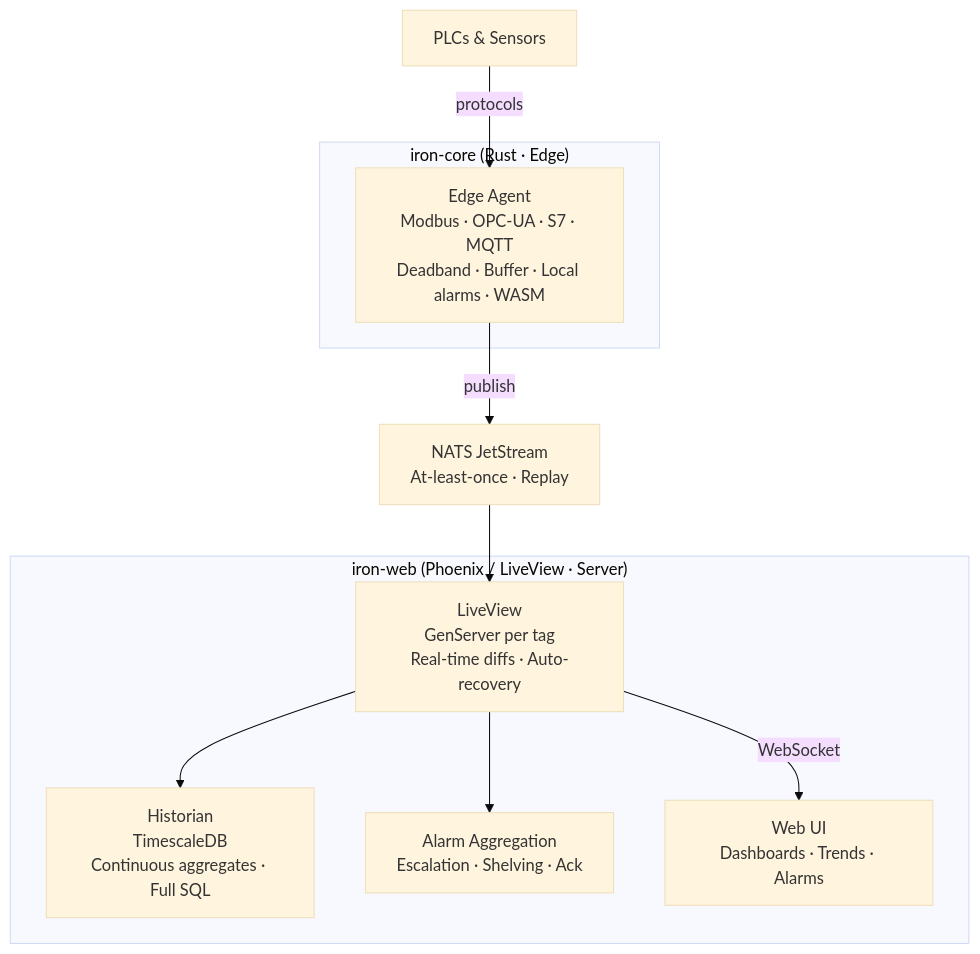
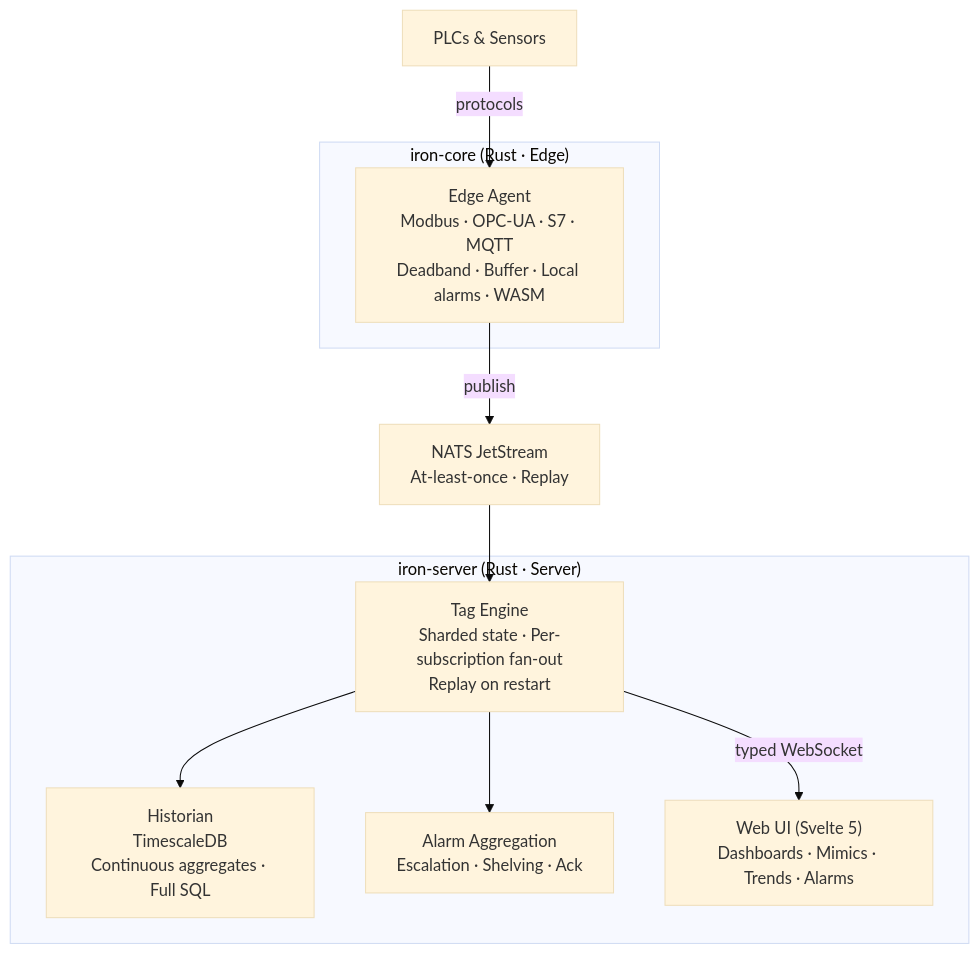
One commit to andreiyurik/iron-concept changed the diagram in docs/specs/architecture.md. Above: the diagram before and after it, drawn with Mermaid (base theme). The commit also changed other lines of this file and 31 other files, not shown here.

First line of the commit message:
docs: move server to Rust + Svelte, add agent-interface spec, ADR 0009–0011

````diff
--- a/docs/specs/architecture.md
+++ b/docs/specs/architecture.md
@@ -47,23 +54,23 @@
 ```mermaid
 graph TD
     subgraph iron-core ["iron-core (Rust · Edge)"]
         EDGE["Edge Agent\nModbus · OPC-UA · S7 · MQTT\nDeadband · Buffer · Local alarms · WASM"]
     end
 
-    subgraph iron-web ["iron-web (Phoenix / LiveView · Server)"]
-        PHOENIX["LiveView\nGenServer per tag\nReal-time diffs · Auto-recovery"]
+    subgraph iron-server ["iron-server (Rust · Server)"]
+        TAGS["Tag Engine\nSharded state · Per-subscription fan-out\nReplay on restart"]
         TSDB["Historian\nTimescaleDB\nContinuous aggregates · Full SQL"]
         ALARM["Alarm Aggregation\nEscalation · Shelving · Ack"]
-        HMI["Web UI\nDashboards · Trends · Alarms"]
+        HMI["Web UI (Svelte 5)\nDashboards · Mimics · Trends · Alarms"]
     end
 
     PLC["PLCs & Sensors"]
     NATS["NATS JetStream\nAt-least-once · Replay"]
 
     PLC -->|protocols| EDGE
     EDGE -->|publish| NATS
-    NATS --> PHOENIX
-    PHOENIX --> TSDB
-    PHOENIX --> ALARM
-    PHOENIX -->|WebSocket| HMI
+    NATS --> TAGS
+    TAGS --> TSDB
+    TAGS --> ALARM
+    TAGS -->|typed WebSocket| HMI
 ```
````
